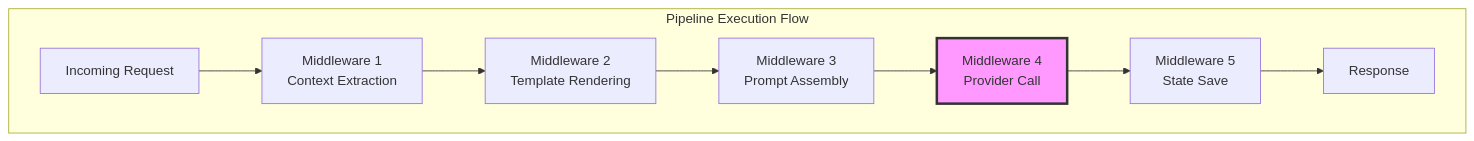
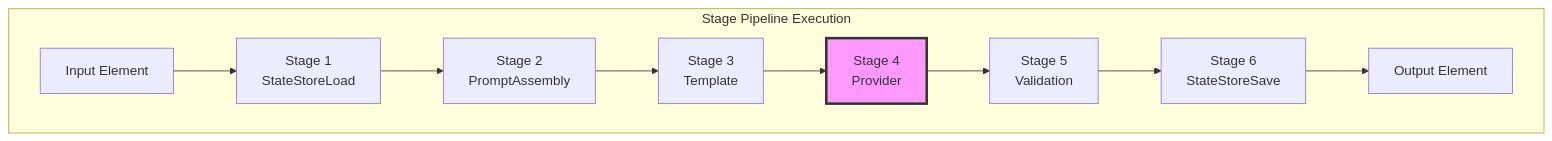
Before and after one commit to AltairaLabs/PromptKit: the first of 4 diagrams in docs/src/content/architecture/runtime-pipeline.md, drawn with Mermaid. The commit also changed other lines of this file and 21 other files, not shown here.

````diff
--- a/docs/src/content/architecture/runtime-pipeline.md
+++ b/docs/src/content/architecture/runtime-pipeline.md
@@ -12,21 +12,23 @@
 ```mermaid
 graph TB
-    subgraph "Pipeline Execution Flow"
-        Request["Incoming Request"]
-        MW1["Middleware 1<br/>Context Extraction"]
-        MW2["Middleware 2<br/>Template Rendering"]
-        MW3["Middleware 3<br/>Prompt Assembly"]
-        MW4["Middleware 4<br/>Provider Call"]
-        MW5["Middleware 5<br/>State Save"]
-        Response["Response"]
+    subgraph "Stage Pipeline Execution"
+        Input["Input Element"]
+        S1["Stage 1<br/>StateStoreLoad"]
+        S2["Stage 2<br/>PromptAssembly"]
+        S3["Stage 3<br/>Template"]
+        S4["Stage 4<br/>Provider"]
+        S5["Stage 5<br/>Validation"]
+        S6["Stage 6<br/>StateStoreSave"]
+        Output["Output Element"]
     end
 
-    Request --> MW1
-    MW1 --> MW2
-    MW2 --> MW3
-    MW3 --> MW4
-    MW4 --> MW5
-    MW5 --> Response
+    Input --> S1
+    S1 --> S2
+    S2 --> S3
+    S3 --> S4
+    S4 --> S5
+    S5 --> S6
+    S6 --> Output
 
-    style MW4 fill:#f9f,stroke:#333,stroke-width:3px
+    style S4 fill:#f9f,stroke:#333,stroke-width:3px
 ```
````
